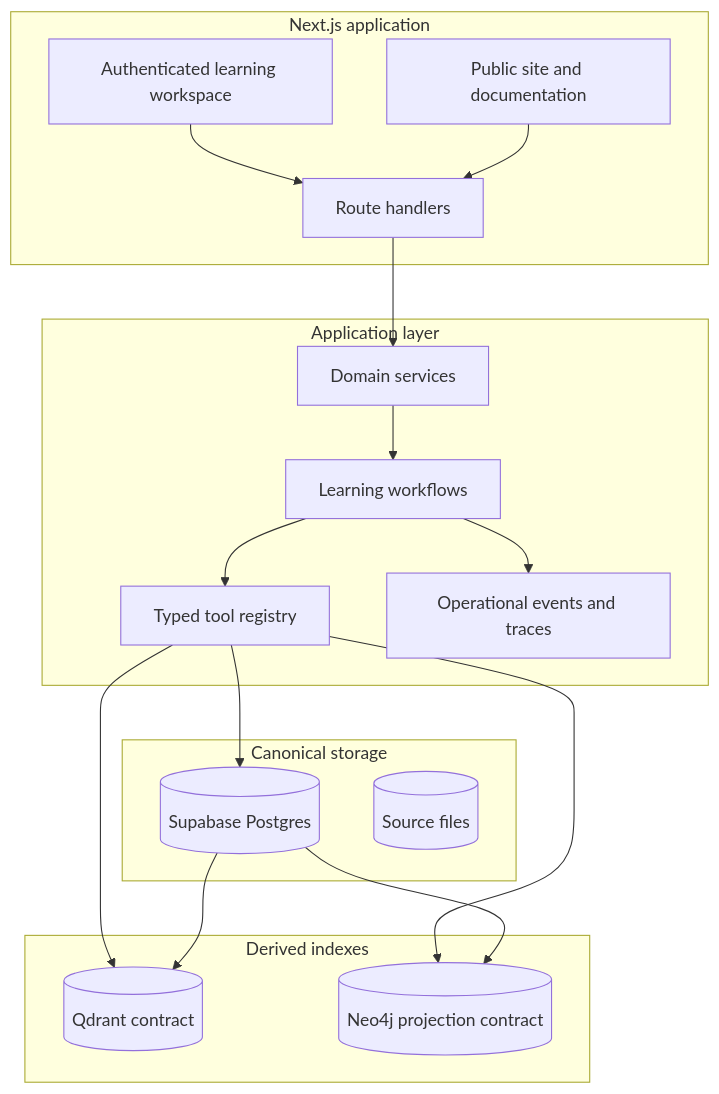
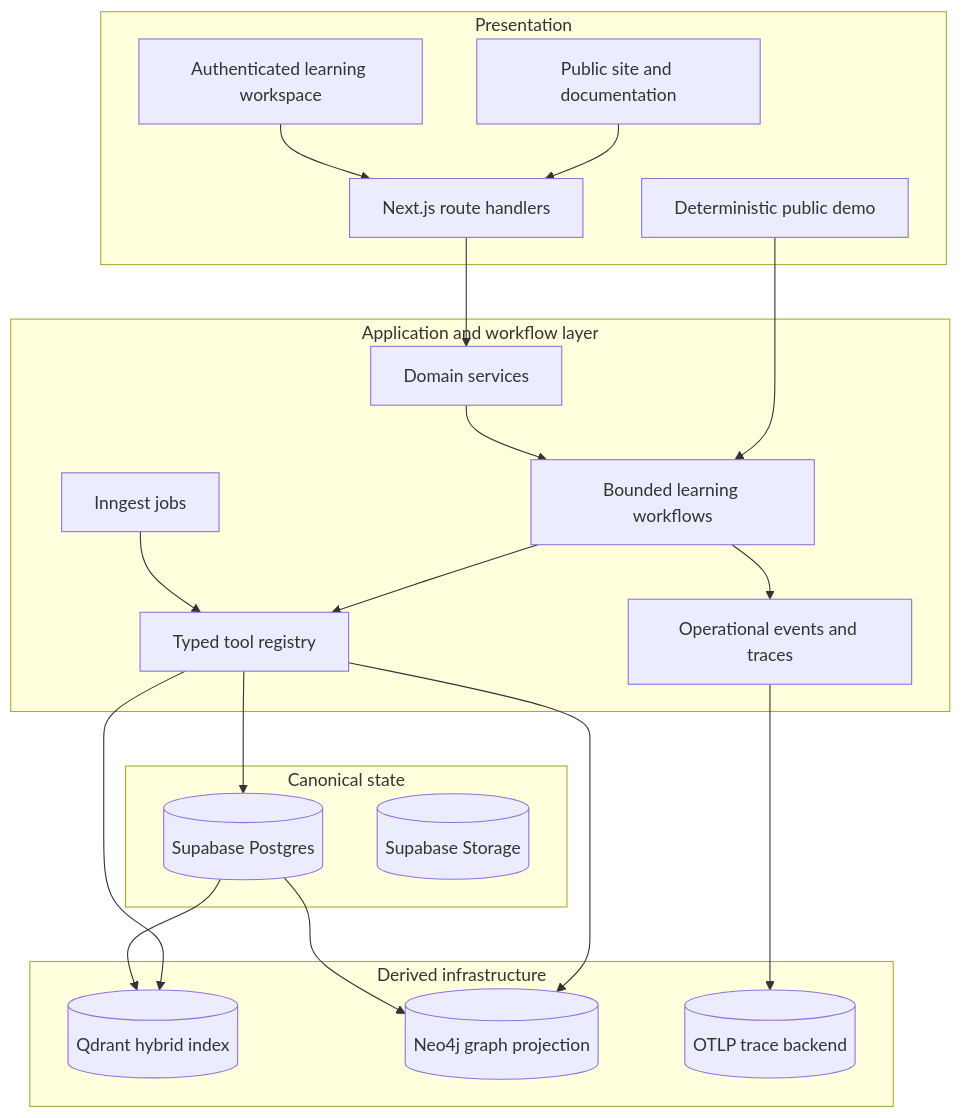
One commit to Dhruvg334/Tessarion changed the second of 6 diagrams in README.md. Above: the diagram before and after it, drawn with Mermaid. The commit also changed other lines of this file and 2 other files, not shown here.

Commit message:
Fix demo build typing and refine repository documentation

````diff
--- a/README.md
+++ b/README.md
@@ -47,37 +100,43 @@
 ```mermaid
 flowchart TB
-    subgraph Client[Next.js application]
+    subgraph Presentation[Presentation]
       Public[Public site and documentation]
+      Demo[Deterministic public demo]
       Workspace[Authenticated learning workspace]
-      API[Route handlers]
+      Routes[Next.js route handlers]
     end
 
-    subgraph Application[Application layer]
+    subgraph Application[Application and workflow layer]
       Services[Domain services]
-      Workflows[Learning workflows]
+      Workflows[Bounded learning workflows]
       Tools[Typed tool registry]
-      Observability[Operational events and traces]
+      Jobs[Inngest jobs]
+      Traces[Operational events and traces]
     end
 
-    subgraph Canonical[Canonical storage]
+    subgraph Canonical[Canonical state]
       Postgres[(Supabase Postgres)]
-      Storage[(Source files)]
+      Storage[(Supabase Storage)]
     end
 
-    subgraph Derived[Derived indexes]
-      Vector[(Qdrant contract)]
-      Graph[(Neo4j projection contract)]
+    subgraph Derived[Derived infrastructure]
+      Qdrant[(Qdrant hybrid index)]
+      Neo4j[(Neo4j graph projection)]
+      Phoenix[(OTLP trace backend)]
     end
 
-    Workspace --> API
-    API --> Services
+    Public --> Routes
+    Demo --> Workflows
+    Workspace --> Routes
+    Routes --> Services
     Services --> Workflows
     Workflows --> Tools
+    Workflows --> Traces
+    Jobs --> Tools
     Tools --> Postgres
-    Tools --> Vector
-    Tools --> Graph
-    Workflows --> Observability
-    Postgres --> Vector
-    Postgres --> Graph
-    Public --> API
+    Tools --> Qdrant
+    Tools --> Neo4j
+    Postgres --> Qdrant
+    Postgres --> Neo4j
+    Traces --> Phoenix
 ```
````
